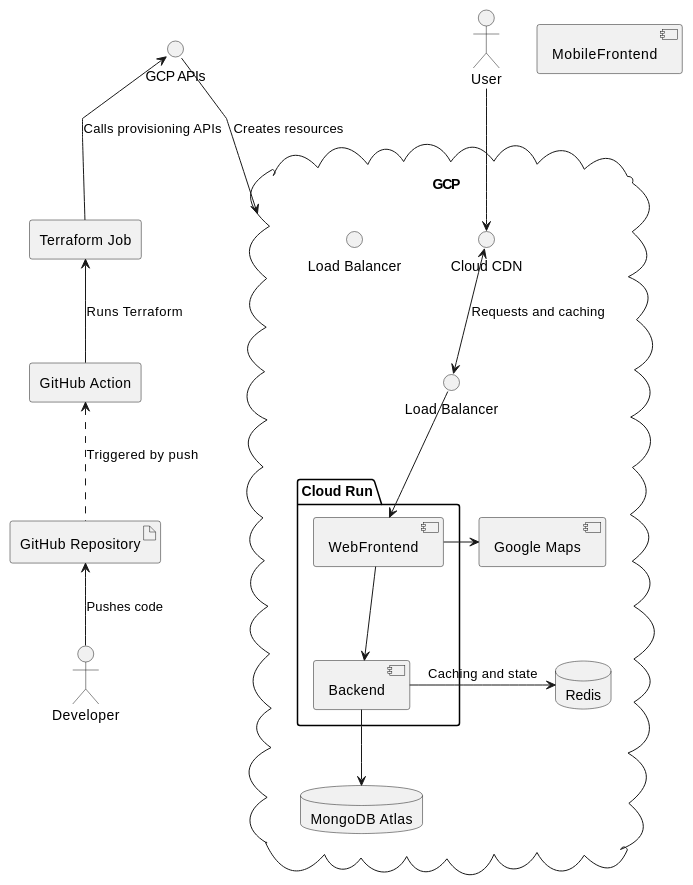
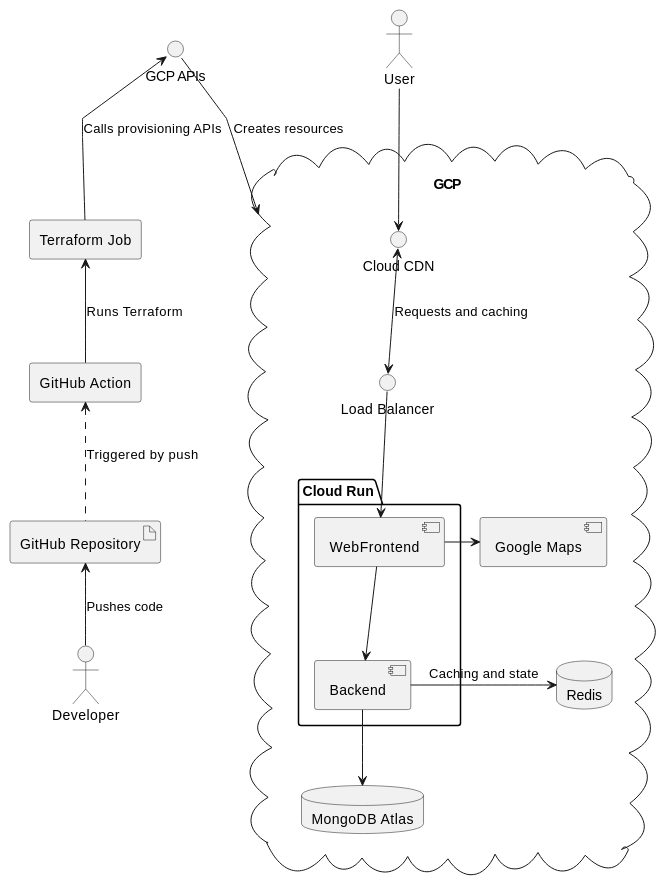
Before and after one commit to devantler/nidam16-gcp-cloud-project: the diagram in docs/architecture.md, drawn with PlantUML. The commit also changed 1 other file, not shown here.

Commit message:
CHanges to architecture

````diff
--- a/docs/architecture.md
+++ b/docs/architecture.md
@@ -8,45 +8,43 @@
 ```plantuml
 @startuml
 skinparam linetype polyline
 
 ' Entities
 actor User
 actor Developer
 
 artifact "GitHub Repository"
 agent "GitHub Action" as gha
 agent "Terraform Job" as iac
 
 interface "GCP APIs" as gcpapis
 cloud GCP {
     interface "Cloud CDN" as cdn
     interface "Load Balancer" as lb1
-    interface "Load Balancer" as lb2
     package "Cloud Run" {
         [WebFrontend]
         [Backend]
     }
     database "MongoDB Atlas" as mongo
     database Redis
     [Google Maps]
 }
-[MobileFrontend]
 
 ' Relations
 Developer -up-> [GitHub Repository]: Pushes code
 User --> cdn
 
 [GitHub Repository] .up.> gha : Triggered by push
 gha -up-> iac : Runs Terraform
 iac -up-> gcpapis: Calls provisioning APIs
 gcpapis --> GCP: Creates resources
 
 cdn <--> lb1 : Requests and caching
 lb1 --> WebFrontend
 WebFrontend --> Backend
 WebFrontend -right-> [Google Maps]
 
 Backend --> mongo
 Backend -right-> Redis : Caching and state
 @enduml
 ```
````
